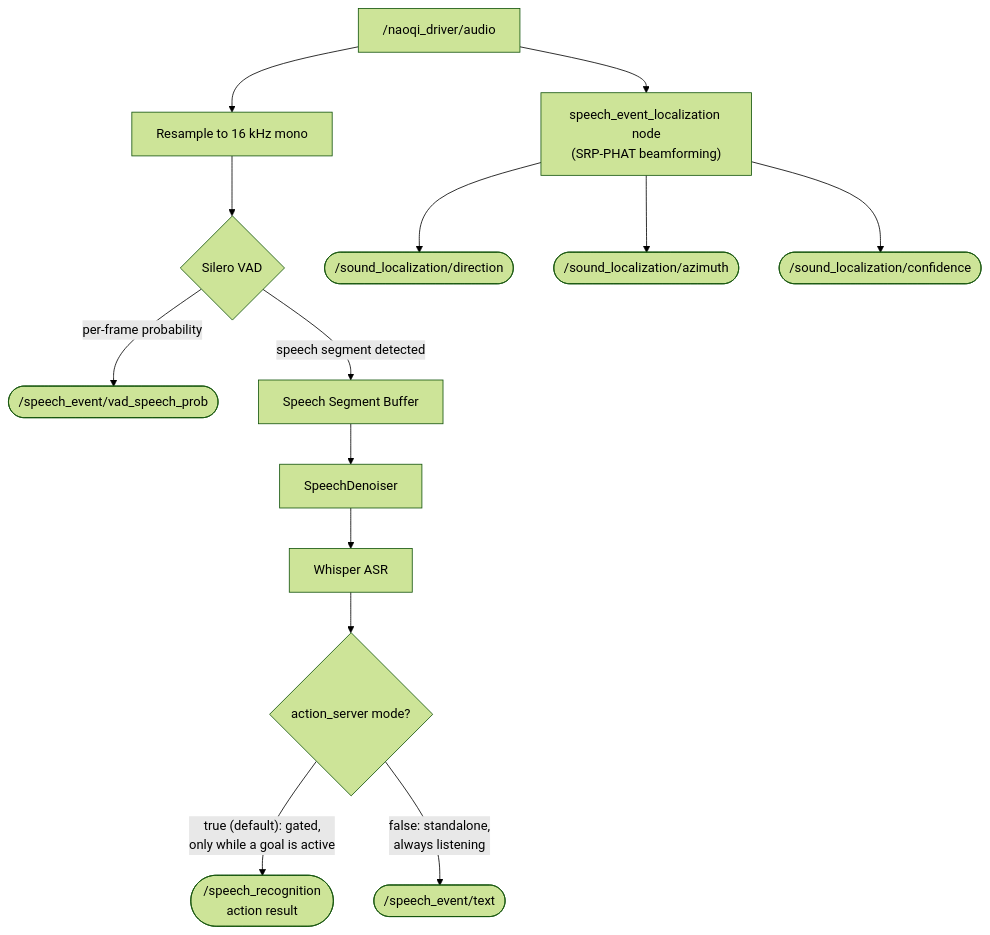
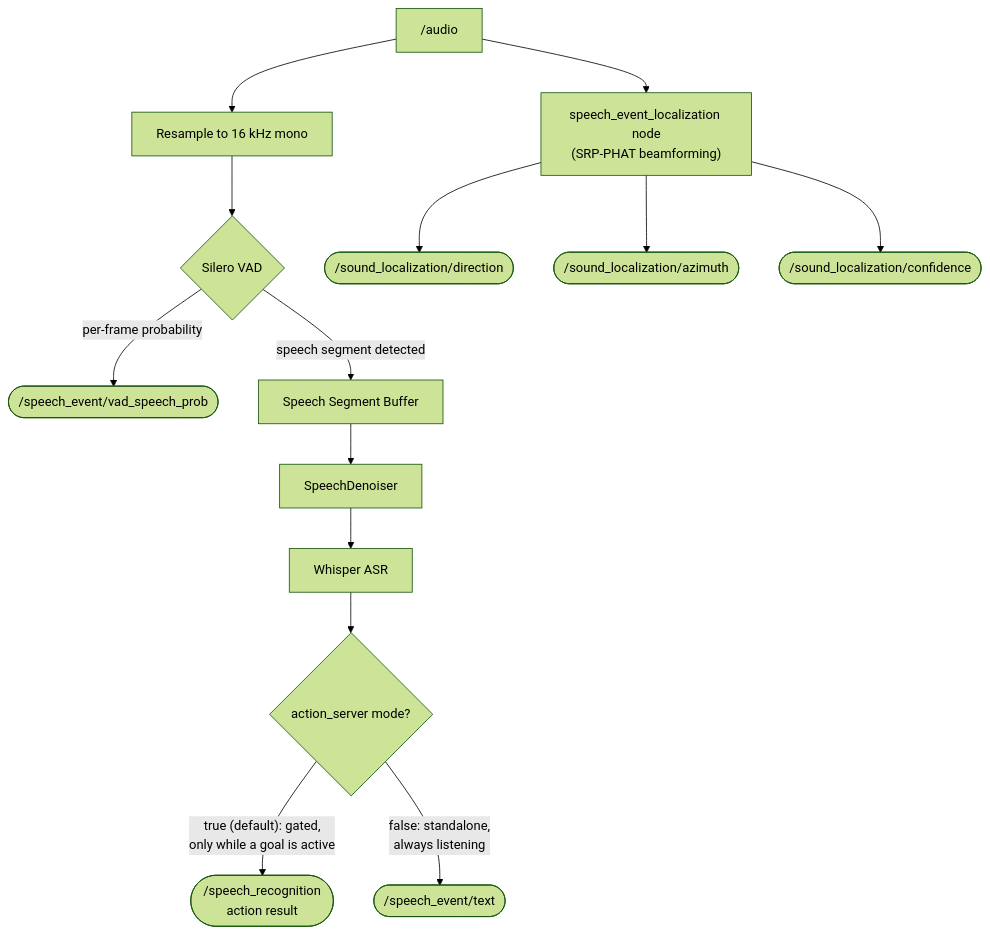
Before and after one commit to yohatad/pepper4dec: the diagram in speech_event/README.md, drawn with Mermaid (forest theme). The commit also changed other lines of this file and 6 other files, not shown here.

First line of the commit message:
speech_event: microphone topic /audio, not /naoqi_driver/audio

````diff
--- a/speech_event/README.md
+++ b/speech_event/README.md
@@ -200,17 +200,17 @@
 ```mermaid
 flowchart TD
-    A["/naoqi_driver/audio"] --> B["Resample to 16 kHz mono"]
+    A["/audio"] --> B["Resample to 16 kHz mono"]
     B --> C{"Silero VAD"}
     C -- "per-frame probability" --> D(["/speech_event/vad_speech_prob"])
     C -- "speech segment detected" --> E["Speech Segment Buffer"]
     E --> F["SpeechDenoiser"]
     F --> G["Whisper ASR"]
     G --> H{"action_server mode?"}
     H -- "true (default): gated,\nonly while a goal is active" --> I(["/speech_recognition\naction result"])
     H -- "false: standalone,\nalways listening" --> J(["/speech_event/text"])
 
     A --> K["speech_event_localization node\n(SRP-PHAT beamforming)"]
     K --> L(["/sound_localization/direction"])
     K --> M(["/sound_localization/azimuth"])
     K --> N(["/sound_localization/confidence"])
 ```
````
